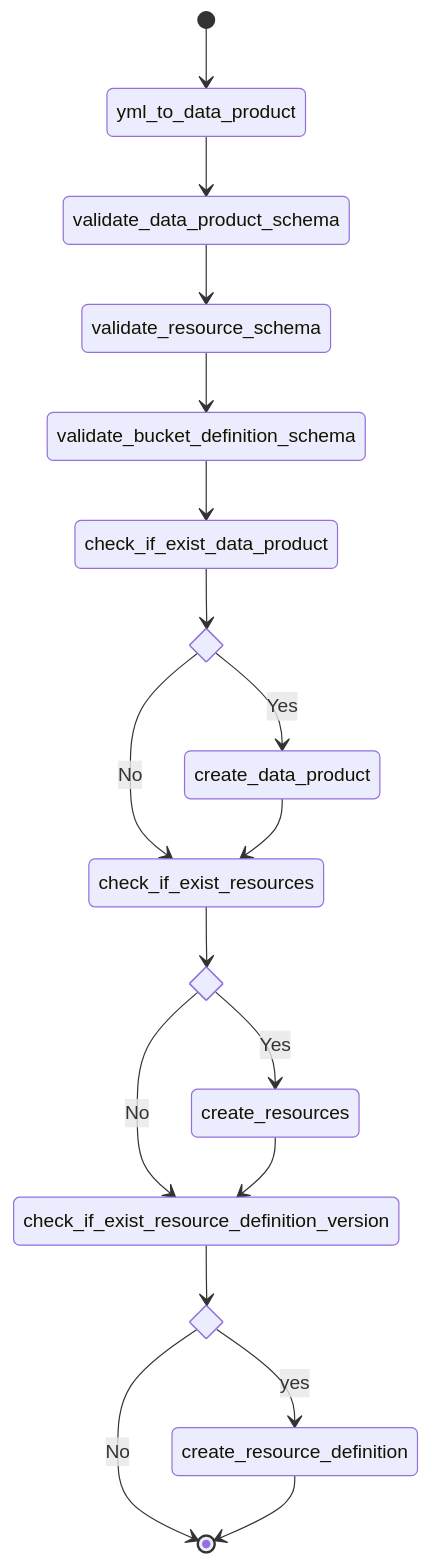
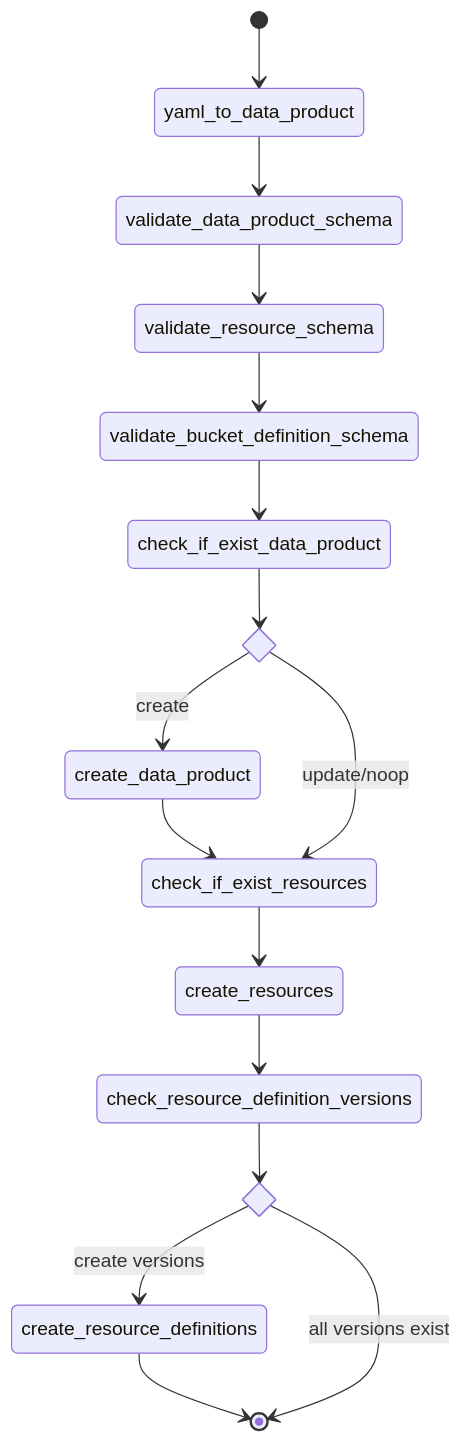
One commit to fabiangftech/catamesh changed the diagram in docs/en/architecture/diagrams/data-product.apply.mmd. Above: the diagram before and after it, drawn with Mermaid. The commit also changed 4 other files, not shown here.

Commit message:
docs: add mermaid state diagrams

```diff
--- a/docs/en/architecture/diagrams/data-product.apply.mmd
+++ b/docs/en/architecture/diagrams/data-product.apply.mmd
@@ -1,22 +1,19 @@
 stateDiagram-v2
-    state if_exist <<choice>>
-    state if_exist_r <<choice>>
-    state if_exist_rd <<choice>>
+    state data_product_action <<choice>>
+    state definition_action <<choice>>
 
-    [*] --> yml_to_data_product
-    yml_to_data_product --> validate_data_product_schema
+    [*] --> yaml_to_data_product
+    yaml_to_data_product --> validate_data_product_schema
     validate_data_product_schema --> validate_resource_schema
     validate_resource_schema --> validate_bucket_definition_schema
     validate_bucket_definition_schema --> check_if_exist_data_product
-    check_if_exist_data_product --> if_exist
-    if_exist --> check_if_exist_resources: No
-    if_exist --> create_data_product : Yes
+    check_if_exist_data_product --> data_product_action
+    data_product_action --> create_data_product: create
     create_data_product --> check_if_exist_resources
-    check_if_exist_resources --> if_exist_r
-    if_exist_r --> check_if_exist_resource_definition_version : No
-    if_exist_r --> create_resources : Yes
-    create_resources --> check_if_exist_resource_definition_version
-    check_if_exist_resource_definition_version -->  if_exist_rd
-    if_exist_rd --> [*] : No
-    if_exist_rd --> create_resource_definition : yes
-    create_resource_definition --> [*]
+    data_product_action --> check_if_exist_resources: update/noop
+    check_if_exist_resources --> create_resources
+    create_resources --> check_resource_definition_versions
+    check_resource_definition_versions --> definition_action
+    definition_action --> create_resource_definitions: create versions
+    create_resource_definitions --> [*]
+    definition_action --> [*]: all versions exist
```
